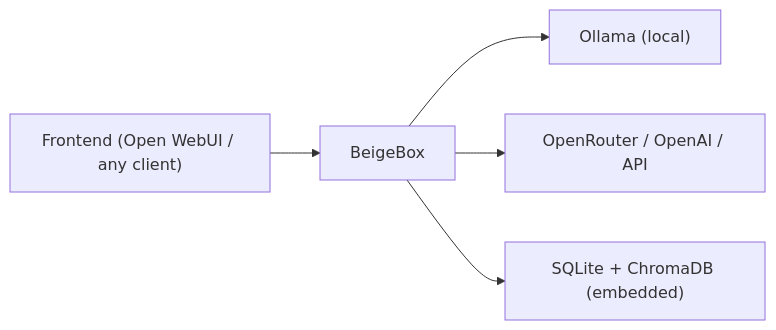
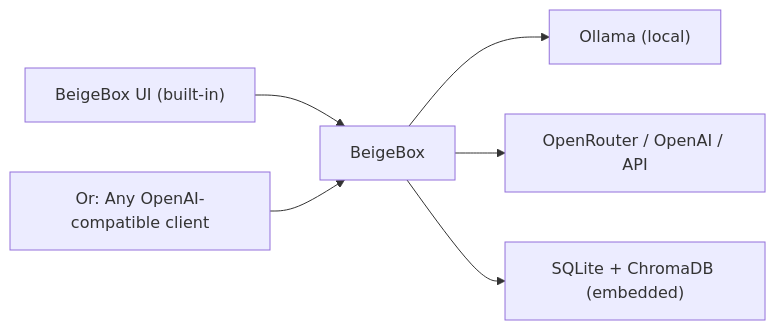
The diagram in README.md (RALaBarge/beigebox), drawn with Mermaid before and after one commit. The commit also changed other lines of this file and 2 other files, not shown here.

````diff
--- a/README.md
+++ b/README.md
@@ -7,13 +7,15 @@
 ```mermaid
 flowchart LR
-  FE["Frontend (Open WebUI / any client)"]
+  UI["BeigeBox UI (built-in)"]
+  FE["Or: Any OpenAI-compatible client"]
   BB["BeigeBox"]
   LM["Ollama (local)"]
   EP["OpenRouter / OpenAI / API"]
   DB["SQLite + ChromaDB (embedded)"]
 
+  UI --> BB
   FE --> BB
   BB --> LM
   BB --> EP
   BB --> DB
 ```
````
